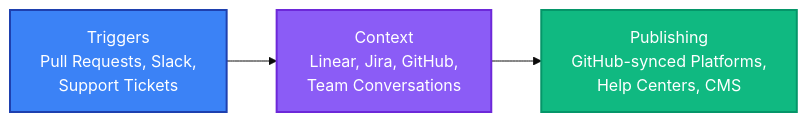
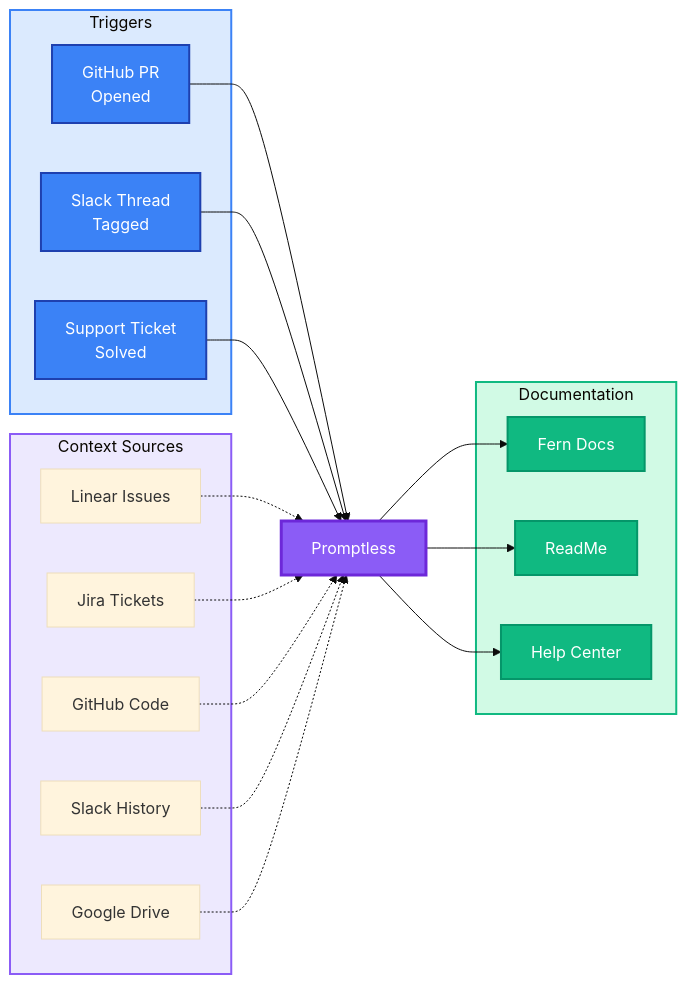
Before and after one commit to Promptless/docs: the diagram in fern/docs/index.mdx, drawn with Mermaid (base theme).

Commit message:
Sync documentation updates from Promptless agent

````diff
--- a/fern/docs/index.mdx
+++ b/fern/docs/index.mdx
@@ -23,9 +23,49 @@
 ```mermaid
 graph LR
-    A[Triggers<br/>Pull Requests, Slack,<br/>Support Tickets] --> B[Context<br/>Linear, Jira, GitHub,<br/>Team Conversations]
-    B --> C[Publishing<br/>GitHub-synced Platforms,<br/>Help Centers, CMS]
+    subgraph triggers["Triggers"]
+        PR["GitHub PR<br/>Opened"]
+        SLACK["Slack Thread<br/>Tagged"]
+        TICKET["Support Ticket<br/>Solved"]
+    end
     
-    style A fill:#3b82f6,stroke:#1e40af,stroke-width:2px,color:#fff
-    style B fill:#8b5cf6,stroke:#6d28d9,stroke-width:2px,color:#fff
-    style C fill:#10b981,stroke:#059669,stroke-width:2px,color:#fff
+    subgraph context["Context Sources"]
+        LINEAR["Linear Issues"]
+        JIRA["Jira Tickets"]
+        GITHUB["GitHub Code"]
+        SLACKC["Slack History"]
+        DRIVE["Google Drive"]
+    end
+    
+    subgraph docs["Documentation"]
+        FERN["Fern Docs"]
+        README["ReadMe"]
+        ZENDESK["Help Center"]
+    end
+    
+    PR --> PROMPTLESS
+    SLACK --> PROMPTLESS
+    TICKET --> PROMPTLESS
+    
+    PROMPTLESS["Promptless"]
+    
+    LINEAR -.-> PROMPTLESS
+    JIRA -.-> PROMPTLESS
+    GITHUB -.-> PROMPTLESS
+    SLACKC -.-> PROMPTLESS
+    DRIVE -.-> PROMPTLESS
+    
+    PROMPTLESS --> FERN
+    PROMPTLESS --> README
+    PROMPTLESS --> ZENDESK
+    
+    style triggers fill:#dbeafe,stroke:#3b82f6,stroke-width:2px
+    style context fill:#ede9fe,stroke:#8b5cf6,stroke-width:2px
+    style docs fill:#d1fae5,stroke:#10b981,stroke-width:2px
+    style PROMPTLESS fill:#8b5cf6,stroke:#6d28d9,stroke-width:3px,color:#fff
+    style PR fill:#3b82f6,stroke:#1e40af,stroke-width:2px,color:#fff
+    style SLACK fill:#3b82f6,stroke:#1e40af,stroke-width:2px,color:#fff
+    style TICKET fill:#3b82f6,stroke:#1e40af,stroke-width:2px,color:#fff
+    style FERN fill:#10b981,stroke:#059669,stroke-width:2px,color:#fff
+    style README fill:#10b981,stroke:#059669,stroke-width:2px,color:#fff
+    style ZENDESK fill:#10b981,stroke:#059669,stroke-width:2px,color:#fff
 ```
````
